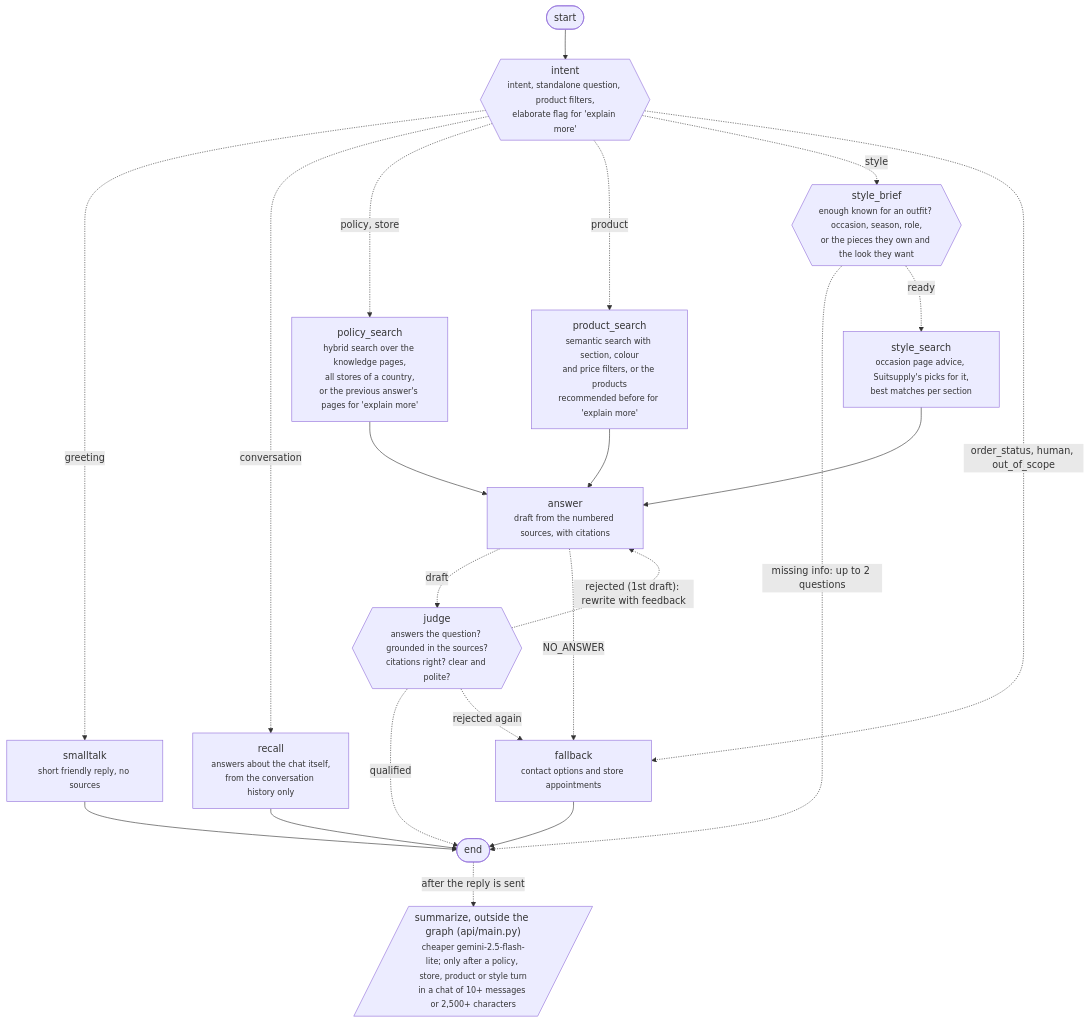
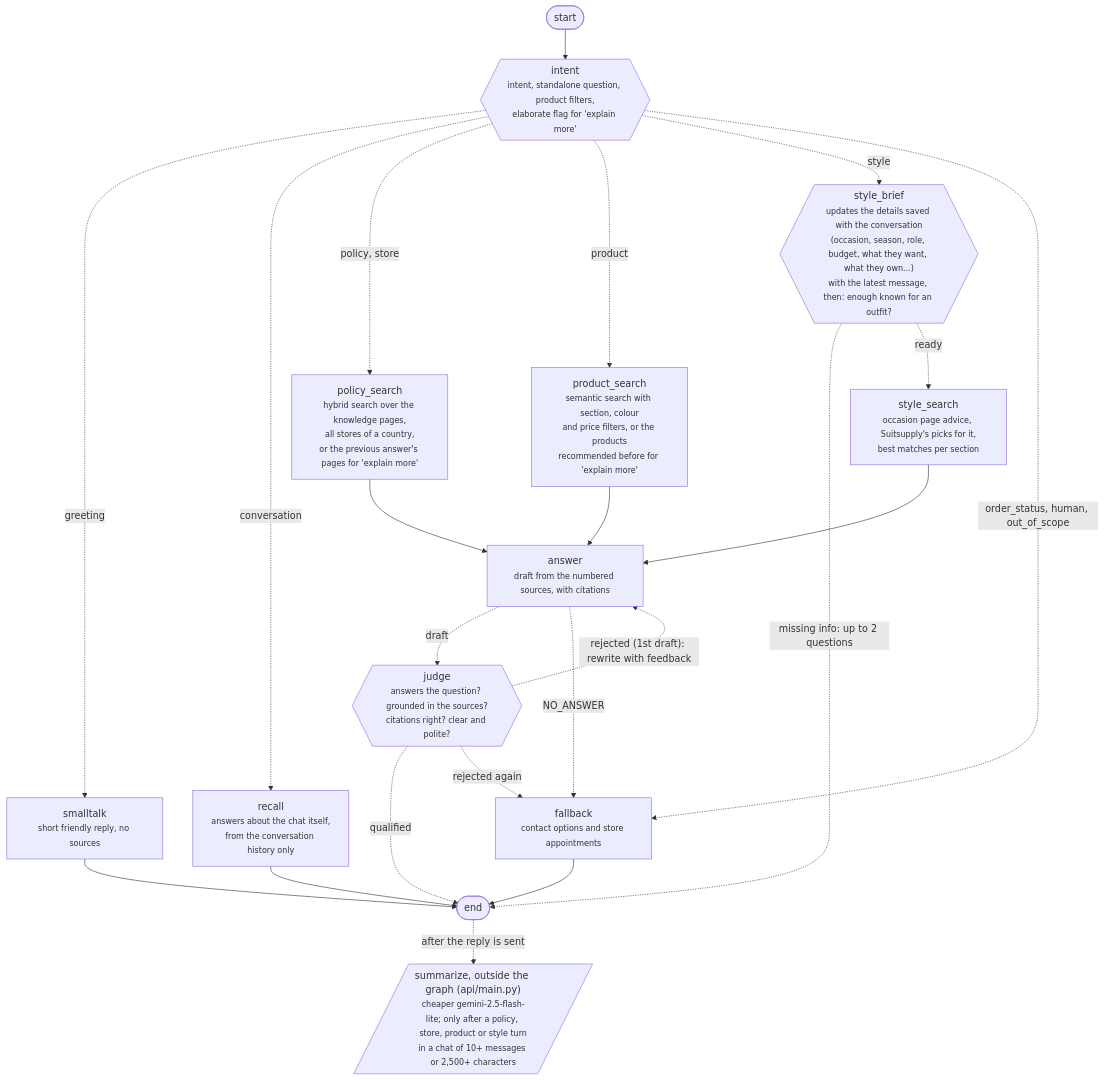
The diagram in docs/diagrams/agent-graph.md (Sam-khanjani/ai-stylist-prototype), drawn with Mermaid before and after one commit. The commit also changed 7 other files, not shown here.

````diff
--- a/docs/diagrams/agent-graph.md
+++ b/docs/diagrams/agent-graph.md
@@ -8,38 +8,38 @@
 ```mermaid
 flowchart TD
     start([start]) --> intent
 
     intent{{"intent<br/><small>intent, standalone question, product filters,<br/>elaborate flag for 'explain more'</small>"}}
     intent -. greeting .-> smalltalk
     intent -. conversation .-> recall
     intent -. "policy, store" .-> policy_search
     intent -. product .-> product_search
     intent -. style .-> style_brief
     intent -. "order_status, human, out_of_scope" .-> fallback
 
-    style_brief{{"style_brief<br/><small>enough known for an outfit? occasion, season, role,<br/>or the pieces they own and the look they want</small>"}}
+    style_brief{{"style_brief<br/><small>updates the details saved with the conversation<br/>(occasion, season, role, budget, what they want, what they own...)<br/>with the latest message, then: enough known for an outfit?</small>"}}
     style_brief -. "missing info: up to 2 questions" .-> finish
     style_brief -. ready .-> style_search
     style_search["style_search<br/><small>occasion page advice, Suitsupply's picks for it,<br/>best matches per section</small>"] --> answer
 
     policy_search["policy_search<br/><small>hybrid search over the knowledge pages,<br/>all stores of a country,<br/>or the previous answer's pages for 'explain more'</small>"] --> answer
     product_search["product_search<br/><small>semantic search with section, colour<br/>and price filters, or the products<br/>recommended before for 'explain more'</small>"] --> answer
 
     answer["answer<br/><small>draft from the numbered sources, with citations</small>"]
     answer -. draft .-> judge
     answer -. "NO_ANSWER" .-> fallback
 
     judge{{"judge<br/><small>answers the question? grounded in the sources?<br/>citations right? clear and polite?</small>"}}
     judge -. qualified .-> finish
     judge -. "rejected (1st draft): rewrite with feedback" .-> answer
     judge -. "rejected again" .-> fallback
 
     smalltalk["smalltalk<br/><small>short friendly reply, no sources</small>"] --> finish
     recall["recall<br/><small>answers about the chat itself,<br/>from the conversation history only</small>"] --> finish
     fallback["fallback<br/><small>contact options and store appointments</small>"] --> finish
 
     finish([end])
 
     finish -. "after the reply is sent" .-> summarize
     summarize[/"summarize, outside the graph (api/main.py)<br/><small>cheaper gemini-2.5-flash-lite; only after a policy, store, product or style turn<br/>in a chat of 10+ messages or 2,500+ characters</small>"/]
 ```
````
